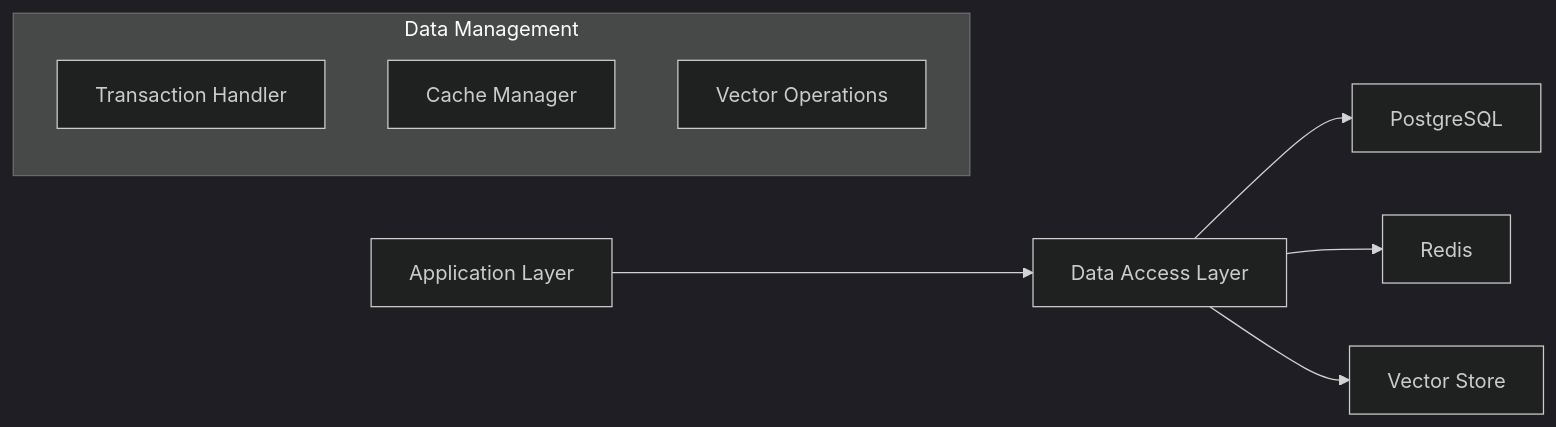
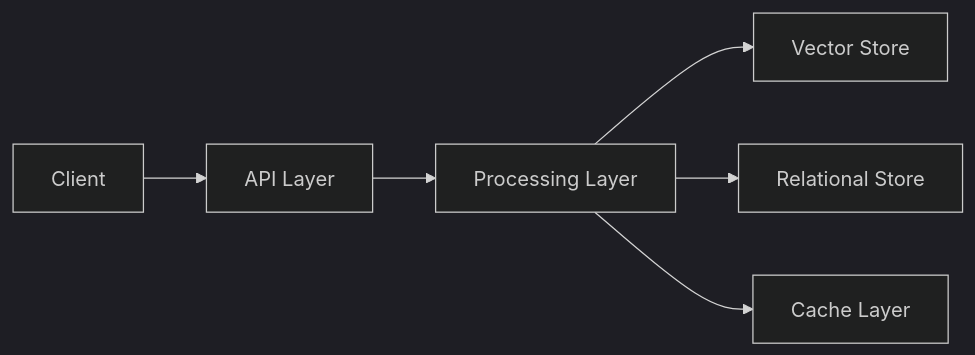
One commit to badaitech/badai-docs changed the third of 3 diagrams in docs/02_architecture/overview.md. Above: the diagram before and after it, drawn with Mermaid (dark theme). The commit also changed other lines of this file and 6 other files, not shown here.

````diff
--- a/docs/02_architecture/overview.md
+++ b/docs/02_architecture/overview.md
@@ -126,13 +168,8 @@
 ```mermaid
 graph LR
-    A[Application Layer] --> B[Data Access Layer]
-    B --> C1[PostgreSQL]
-    B --> C2[Redis]
-    B --> C3[Vector Store]
-    
-    subgraph "Data Management"
-        D1[Transaction Handler]
-        D2[Cache Manager]
-        D3[Vector Operations]
-    end
+    A[Client] --> B[API Layer]
+    B --> C[Processing Layer]
+    C --> D1[Vector Store]
+    C --> D2[Relational Store]
+    C --> D3[Cache Layer]
 ```
````
